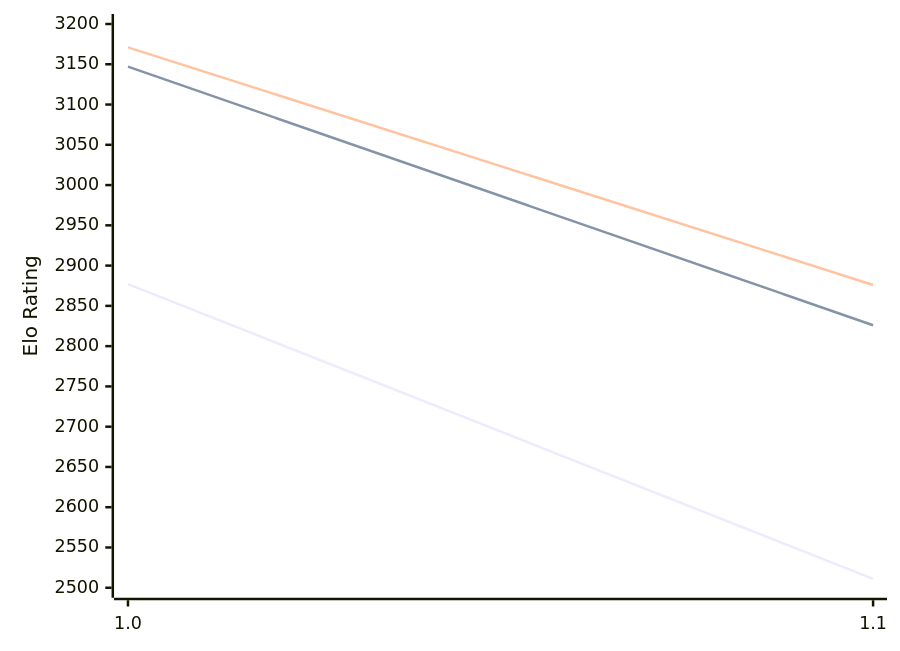
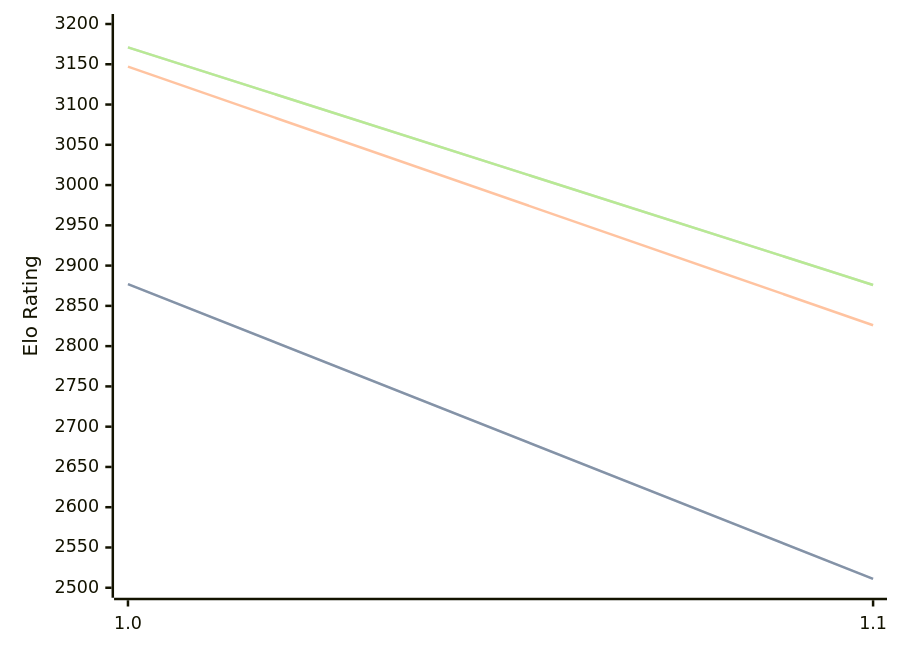
The diagram in engines/Publius.md (computer-chess-index/cci), drawn with Mermaid before and after one commit. The commit also changed other lines of this file, not shown here.

Commit message:
Update CCI Ratings (ELO VLTC) - 2026-02-13

````diff
--- a/engines/Publius.md
+++ b/engines/Publius.md
@@ -29,9 +29,11 @@
 ```mermaid
 %%{init: {"theme":"base","themeVariables":{"seriesColors:['#a3a3a3','#222221','#faa371']}}}%%
 xychart-beta
   x-axis ["1.0", "1.1"]
   y-axis "Elo Rating" 2500 --> 3200
   line "STC (8.0+0.08s)" [2877, 2511]
+  line "STC (8.0+0.08s)" [2877, 2511]
   line "LTC (60.0+0.60s)" [3147, 2826]
   line "VLTC (2m24s+1.12s)" [3171, 2876]
+  line "VLTC (2m24s+1.12s)" [3171, 2876]
 ```
````
